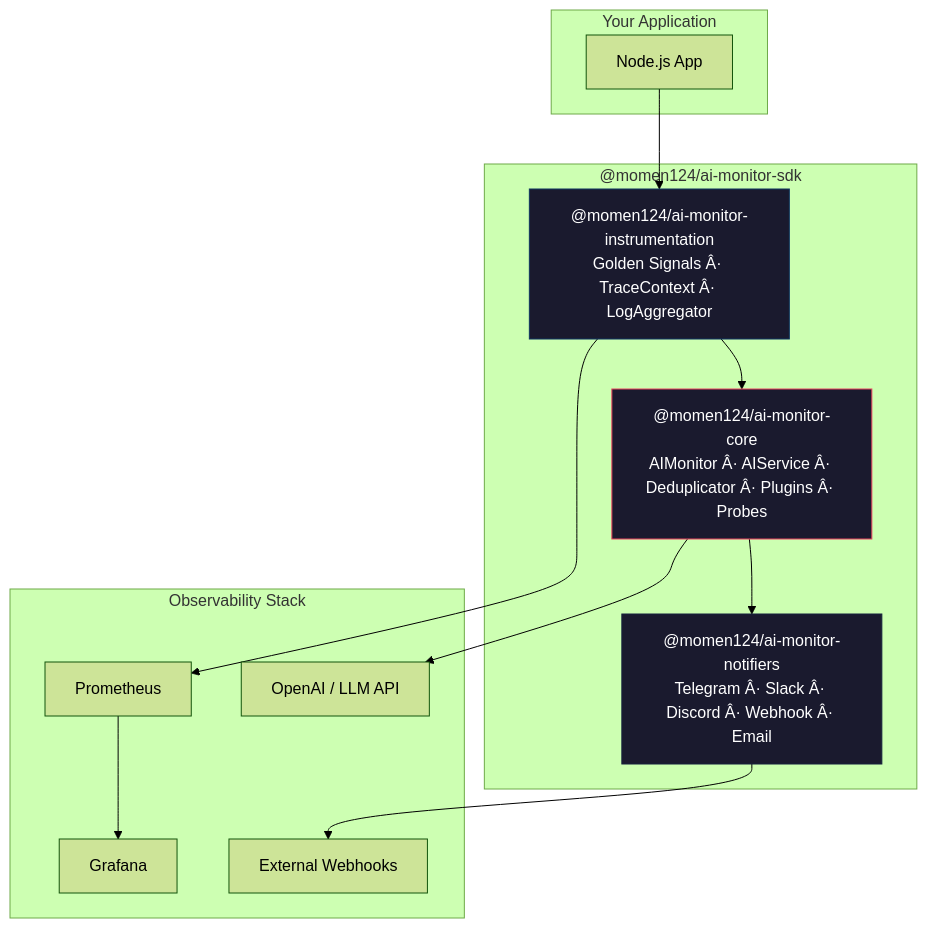
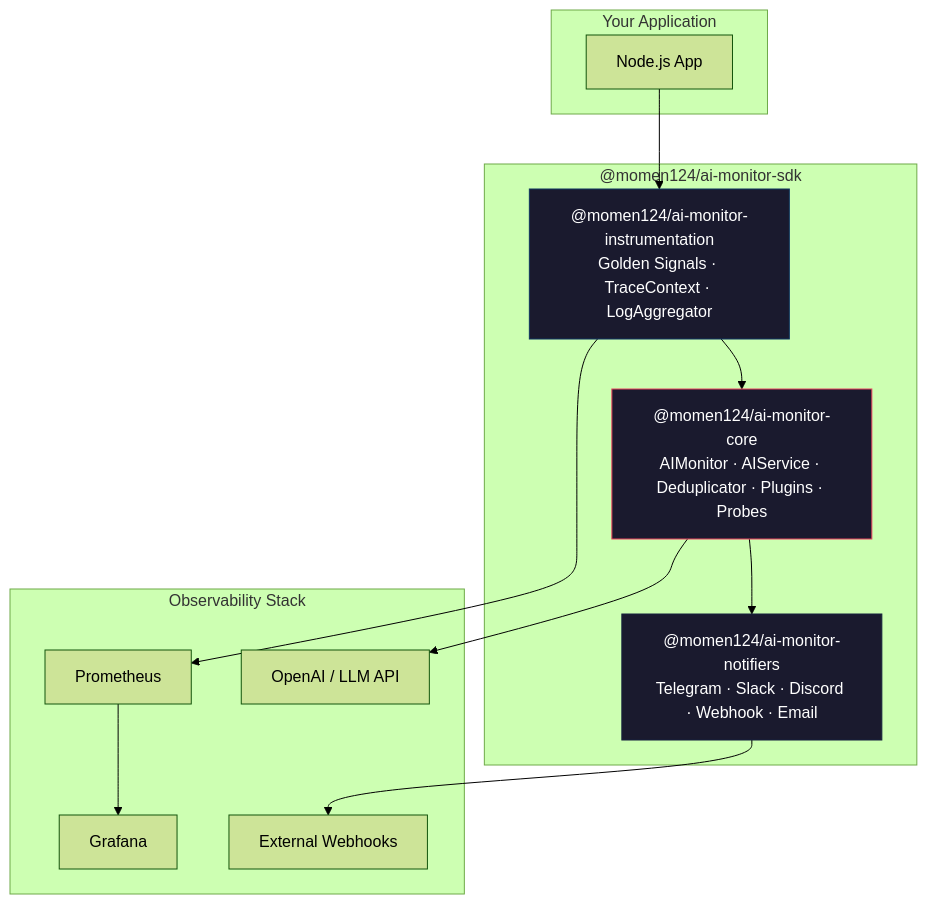
Before and after one commit to egysaas25-hub/ai-monitor-sdk: the diagram in README.md, drawn with Mermaid (forest theme). The commit also changed other lines of this file and 17 other files, not shown here.

Commit message:
docs: add comprehensive documentation for deployment, production readiness, and architecture

````diff
--- a/README.md
+++ b/README.md
@@ -12,31 +12,31 @@
 ```mermaid
 graph TB
     subgraph "Your Application"
         APP[Node.js App]
     end
 
     subgraph "@momen124/ai-monitor-sdk"
-        CORE["@momen124/ai-monitor-core<br/>AIMonitor Â· AIService Â· Deduplicator Â· Plugins Â· Probes"]
-        INST["@momen124/ai-monitor-instrumentation<br/>Golden Signals Â· TraceContext Â· LogAggregator"]
-        NOTIF["@momen124/ai-monitor-notifiers<br/>Telegram Â· Slack Â· Discord Â· Webhook Â· Email"]
+        CORE["@momen124/ai-monitor-core<br/>AIMonitor · AIService · Deduplicator · Plugins · Probes"]
+        INST["@momen124/ai-monitor-instrumentation<br/>Golden Signals · TraceContext · LogAggregator"]
+        NOTIF["@momen124/ai-monitor-notifiers<br/>Telegram · Slack · Discord · Webhook · Email"]
     end
 
     subgraph "Observability Stack"
         PROM[Prometheus]
         GRAF[Grafana]
         AI[OpenAI / LLM API]
         WEBHOOK[External Webhooks]
     end
 
     APP --> INST
     INST --> CORE
     CORE --> NOTIF
     CORE --> AI
     NOTIF --> WEBHOOK
     INST --> PROM
     PROM --> GRAF
 
     style CORE fill:#1a1a2e,stroke:#e94560,color:#fff
     style INST fill:#1a1a2e,stroke:#0f3460,color:#fff
     style NOTIF fill:#1a1a2e,stroke:#16213e,color:#fff
 ```
````
